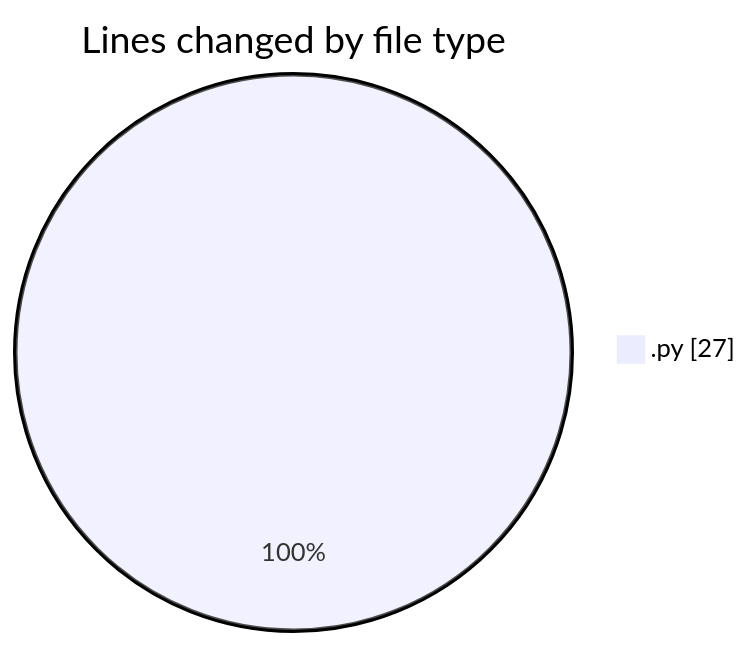
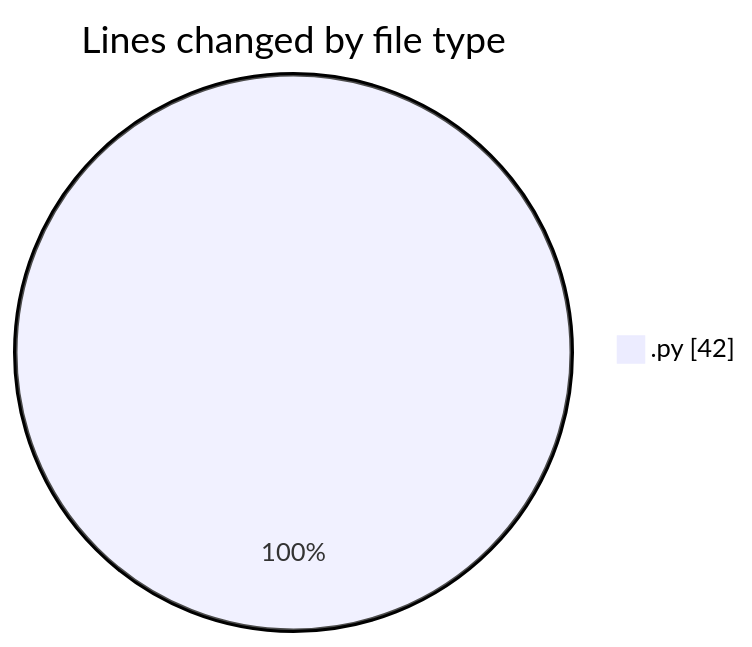
Before and after one commit to MatusMokan/code-tracking: the first of 2 diagrams in 2025-02-27/myws__workspace_/README.md, drawn with Mermaid. The commit also changed other lines of this file and 1 other file, not shown here.

````diff
--- a/2025-02-27/myws__workspace_/README.md
+++ b/2025-02-27/myws__workspace_/README.md
@@ -20,5 +20,5 @@
 ```mermaid
 pie showData
 title Lines changed by file type
-".py" : 27
+".py" : 42
 ```
````
